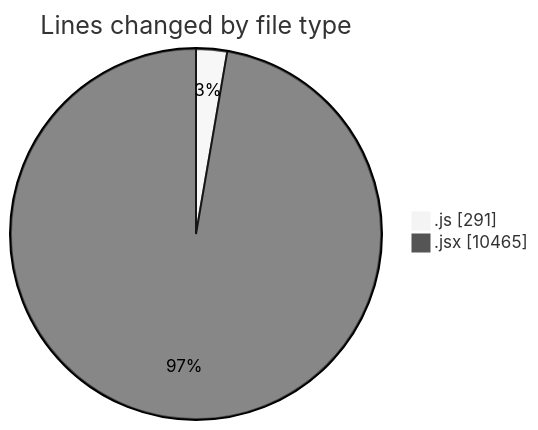
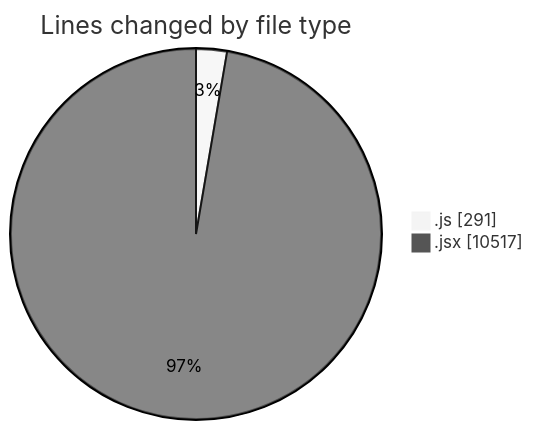
One commit to nxtqubesakshisongat/code-tracking changed the first of 2 diagrams in 2025-07-28/nxtqube_webapp/README.md. Above: the diagram before and after it, drawn with Mermaid (neutral theme). The commit also changed other lines of this file and 1 other file, not shown here.

````diff
--- a/2025-07-28/nxtqube_webapp/README.md
+++ b/2025-07-28/nxtqube_webapp/README.md
@@ -45,6 +45,6 @@
 ```mermaid
 pie showData
 title Lines changed by file type
 ".js" : 291
-".jsx" : 10465
+".jsx" : 10517
 ```
````
